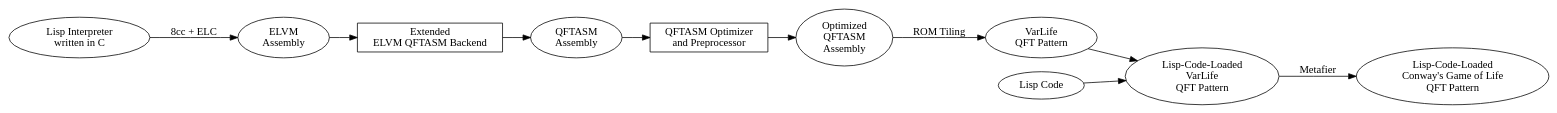
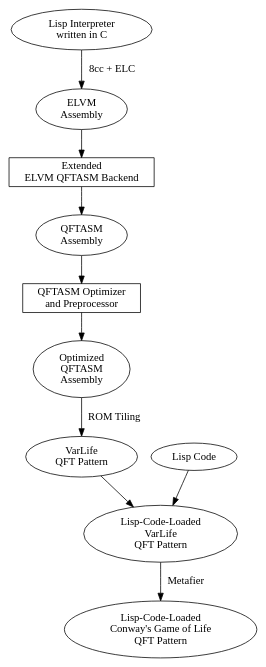
One commit to woodrush/lisp-in-life changed the diagram in img/toolchain.dot. Above: the diagram before and after it, drawn with Graphviz. The commit also changed 3 other files, not shown here.

```diff
--- a/img/toolchain.dot
+++ b/img/toolchain.dot
@@ -1,34 +1,32 @@
 digraph G {
-    rankdir="LR"
-
     C [label="Lisp Interpreter\nwritten in C"]
 
     C->eli [label=" 8cc + ELC"]
 
     eli [label="ELVM\nAssembly"]
 
     elvmqftasm [label="Extended\nELVM QFTASM Backend" shape="rect"]
     eli->elvmqftasm
 
     QFTASMPP [label="QFTASM\nAssembly"]
     elvmqftasm->QFTASMPP
 
     QFTASMPPopt [label="QFTASM Optimizer\nand Preprocessor" shape="rect"]
     QFTASMPP->QFTASMPPopt
 
     QFTASM [label="Optimized\nQFTASM\nAssembly"]
     QFTASMPPopt->QFTASM
 
 
     QFTex [label="VarLife\nQFT Pattern"]
     QFTASM -> QFTex [label=" ROM Tiling"]
 
     QFTex_lisp [label="Lisp-Code-Loaded\nVarLife\nQFT Pattern"]
     QFTex -> QFTex_lisp
 
     QFTgol [label="Lisp-Code-Loaded\nConway's Game of Life\nQFT Pattern"]
     QFTex_lisp -> QFTgol [label=" Metafier"]
 
     LispCode [label="Lisp Code"]
     LispCode -> QFTex_lisp
 }
```
